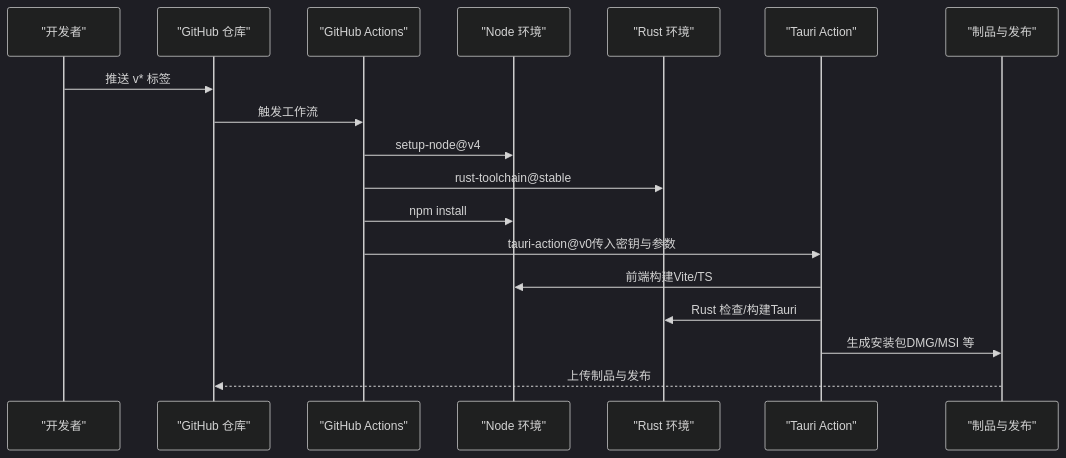
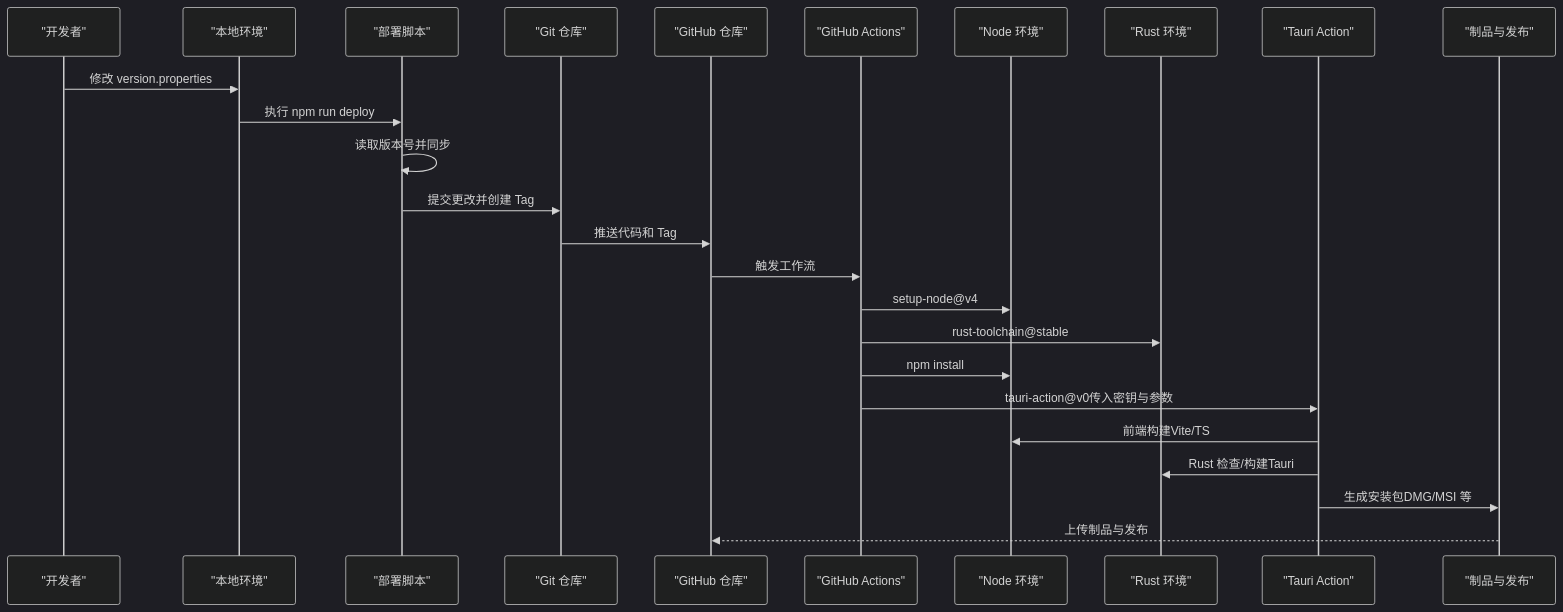
Before and after one commit to YLee9527/Medex: the second of 3 diagrams in doc/repowiki/zh/content/开发指南/开发工作流程/持续集成与部署.md, drawn with Mermaid (dark theme). The commit also changed other lines of this file and 31 other files, not shown here.

First line of the commit message:
docs(doc): 添加部署脚本、锁屏功能、发布指南及设置按钮图标文档

````diff
--- a/doc/repowiki/zh/content/开发指南/开发工作流程/持续集成与部署.md
+++ b/doc/repowiki/zh/content/开发指南/开发工作流程/持续集成与部署.md
@@ -83,20 +103,27 @@
 ```mermaid
 sequenceDiagram
 participant Dev as "开发者"
+participant LOCAL as "本地环境"
+participant SCRIPT as "部署脚本"
+participant GIT as "Git 仓库"
 participant GH as "GitHub 仓库"
 participant ACT as "GitHub Actions"
 participant N as "Node 环境"
 participant R as "Rust 环境"
 participant TA as "Tauri Action"
 participant OUT as "制品与发布"
-Dev->>GH : 推送 v* 标签
+Dev->>LOCAL : 修改 version.properties
+LOCAL->>SCRIPT : 执行 npm run deploy
+SCRIPT->>SCRIPT : 读取版本号并同步
+SCRIPT->>GIT : 提交更改并创建 Tag
+GIT->>GH : 推送代码和 Tag
 GH->>ACT : 触发工作流
 ACT->>N : setup-node@v4
 ACT->>R : rust-toolchain@stable
 ACT->>N : npm install
 ACT->>TA : tauri-action@v0传入密钥与参数
 TA->>N : 前端构建Vite/TS
 TA->>R : Rust 检查/构建Tauri
 TA->>OUT : 生成安装包DMG/MSI 等
 OUT-->>GH : 上传制品与发布
 ```
````
